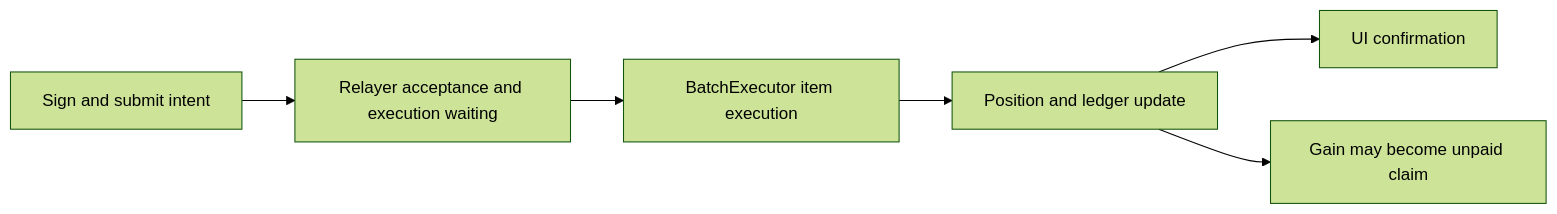
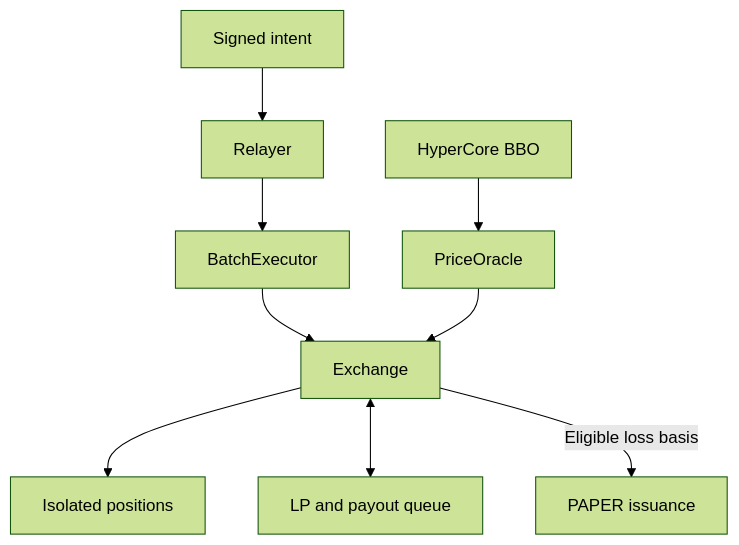
The first of 2 diagrams in README.md (KoNit-K/papertrade-lab), drawn with Mermaid (forest theme) before and after one commit. The commit also changed other lines of this file and 2 other files, not shown here.

````diff
--- a/README.md
+++ b/README.md
@@ -25,8 +44,11 @@
 ```mermaid
-flowchart LR
-    A[Sign and submit intent] --> B[Relayer acceptance and execution waiting]
-    B --> C[BatchExecutor item execution]
-    C --> D[Position and ledger update]
-    D --> E[UI confirmation]
-    D --> F[Gain may become unpaid claim]
+flowchart TB
+    Intent[Signed intent] --> Relayer[Relayer]
+    Relayer --> Batch[BatchExecutor]
+    Batch --> Exchange[Exchange]
+    BBO[HyperCore BBO] --> Oracle[PriceOracle]
+    Oracle --> Exchange
+    Exchange --> Position[Isolated positions]
+    Exchange <--> Pool[LP and payout queue]
+    Exchange -->|Eligible loss basis| PAPER[PAPER issuance]
 ```
````
